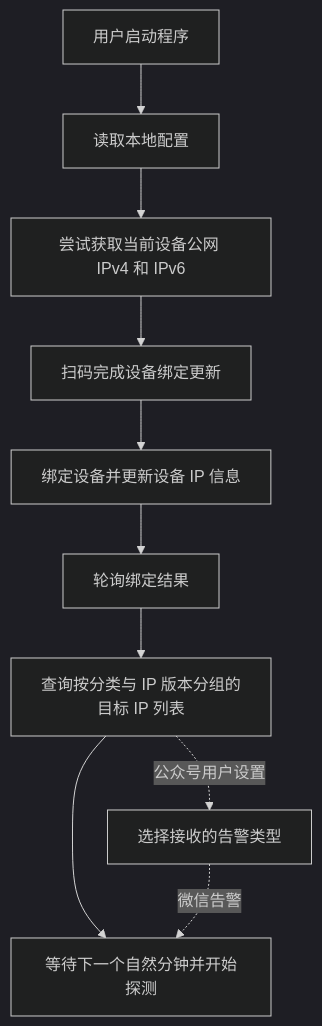
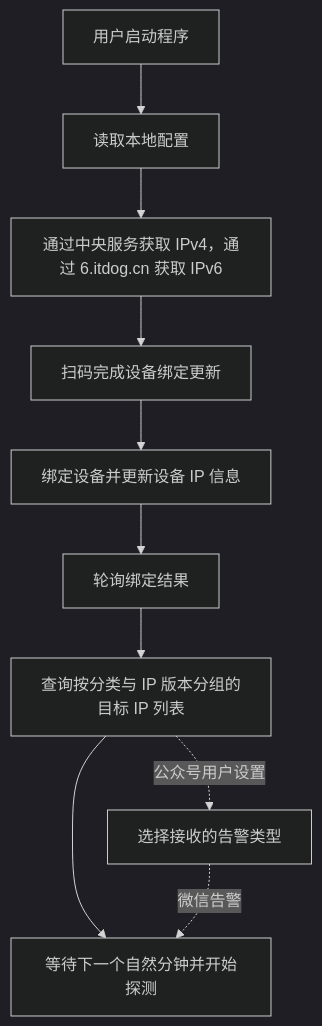
Before and after one commit to liyinred/NetPulse-xiaohe: the second of 3 diagrams in docs/system-design.md, drawn with Mermaid (dark theme). The commit also changed other lines of this file and 8 other files, not shown here.

````diff
--- a/docs/system-design.md
+++ b/docs/system-design.md
@@ -109,12 +109,12 @@
 ```mermaid
 flowchart TD
     Start["用户启动程序"] --> Config["读取本地配置"]
-    Config --> PublicIP["尝试获取当前设备公网 IPv4 和 IPv6"]
+    Config --> PublicIP["通过中央服务获取 IPv4，通过 6.itdog.cn 获取 IPv6"]
     PublicIP --> QR["扫码完成设备绑定更新"]
     QR --> BindUpdate["绑定设备并更新设备 IP 信息"]
     BindUpdate --> Poll["轮询绑定结果"]
     Poll --> Target["查询按分类与 IP 版本分组的目标 IP 列表"]
     Target --> Monitor["等待下一个自然分钟并开始探测"]
     Target -. "公众号用户设置" .-> AlertType["选择接收的告警类型"]
     AlertType -. "微信告警" .-> Monitor
 ```
````
